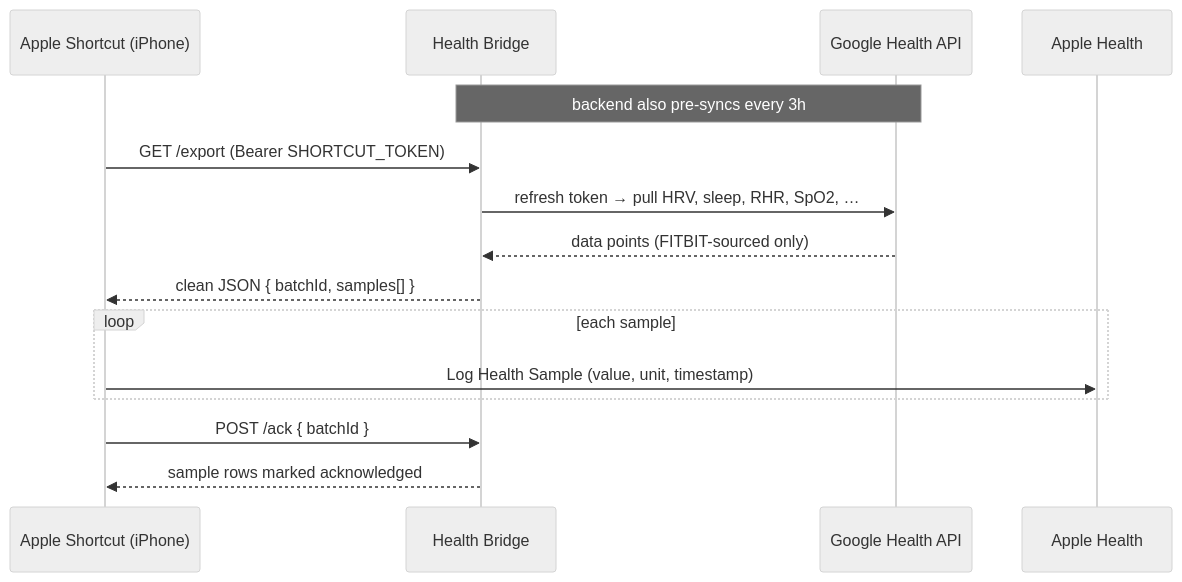
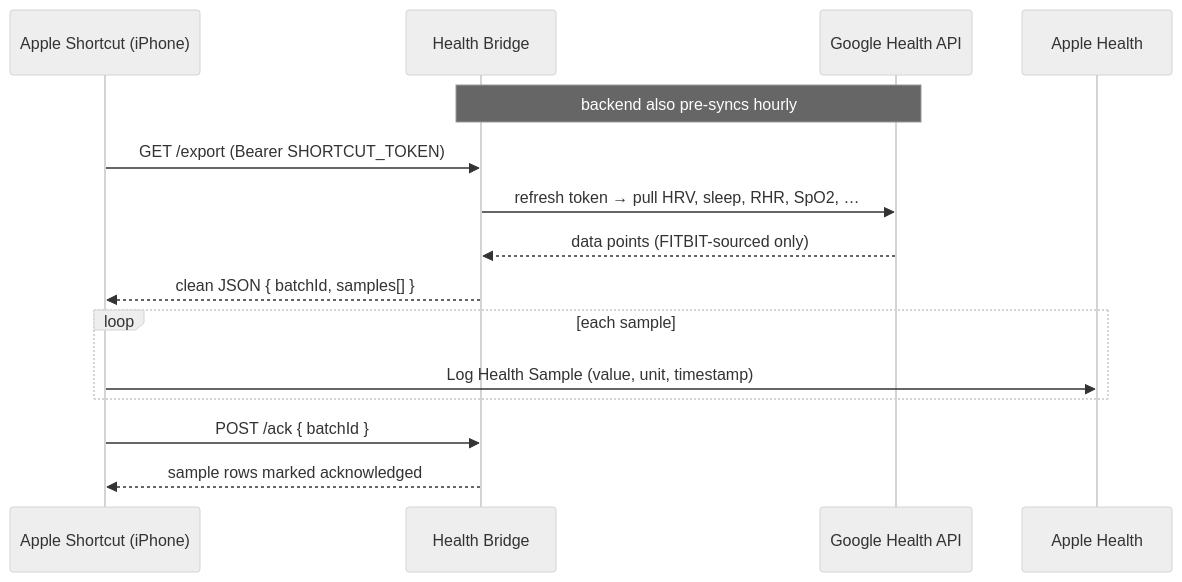
One commit to rowesk/health-bridge changed the second of 2 diagrams in README.md. Above: the diagram before and after it, drawn with Mermaid (neutral theme). The commit also changed other lines of this file and 2 other files, not shown here.

Commit message:
Run Google Health sync hourly

````diff
--- a/README.md
+++ b/README.md
@@ -43,18 +43,18 @@
 ```mermaid
 sequenceDiagram
     participant S as Apple Shortcut (iPhone)
     participant B as Health Bridge
     participant G as Google Health API
     participant H as Apple Health
 
-    Note over B,G: backend also pre-syncs every 3h
+    Note over B,G: backend also pre-syncs hourly
     S->>B: GET /export  (Bearer SHORTCUT_TOKEN)
     B->>G: refresh token → pull HRV, sleep, RHR, SpO2, …
     G-->>B: data points (FITBIT-sourced only)
     B-->>S: clean JSON { batchId, samples[] }
     loop each sample
         S->>H: Log Health Sample (value, unit, timestamp)
     end
     S->>B: POST /ack { batchId }
     B-->>S: sample rows marked acknowledged
 ```
````
